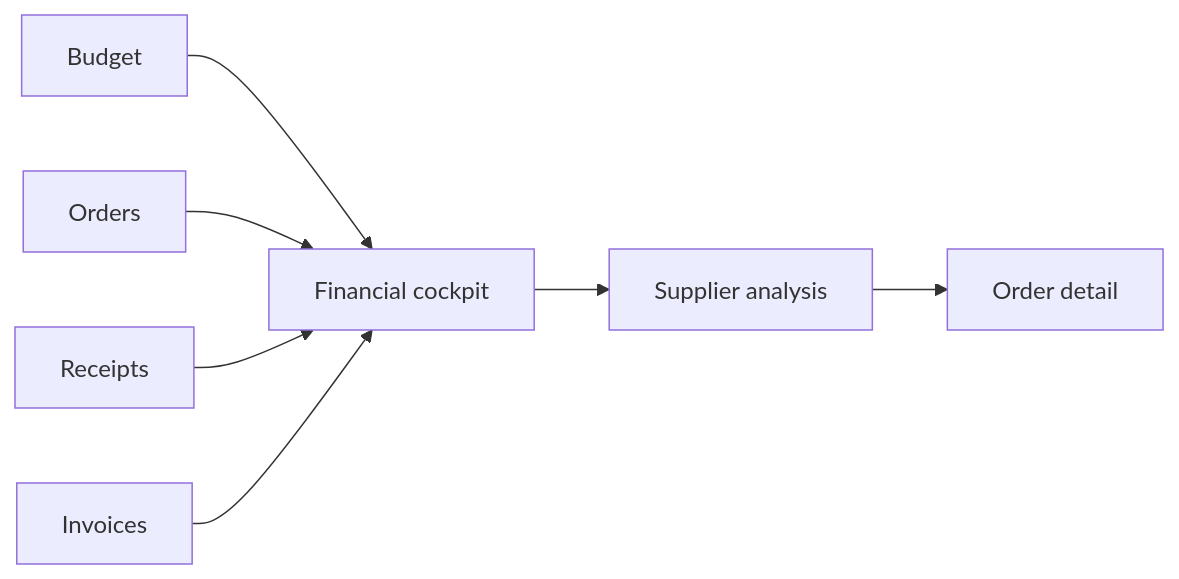
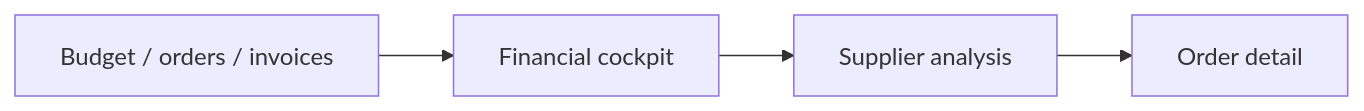
Before and after one commit to jeffersonkuku/powerbi-portfolio-projects: the first of 2 diagrams in powerbi-financial-pilotage-portfolio/README.md, drawn with Mermaid. The commit also changed other lines of this file and 5 other files, not shown here.

````diff
--- a/powerbi-financial-pilotage-portfolio/README.md
+++ b/powerbi-financial-pilotage-portfolio/README.md
@@ -17,9 +15,6 @@
 ```mermaid
 flowchart LR
-    A[Budget] --> E[Financial cockpit]
-    B[Orders] --> E
-    C[Receipts] --> E
-    D[Invoices] --> E
-    E --> F[Supplier analysis]
-    F --> G[Order detail]
+    A[Budget / orders / invoices] --> B[Financial cockpit]
+    B --> C[Supplier analysis]
+    C --> D[Order detail]
 ```
````
